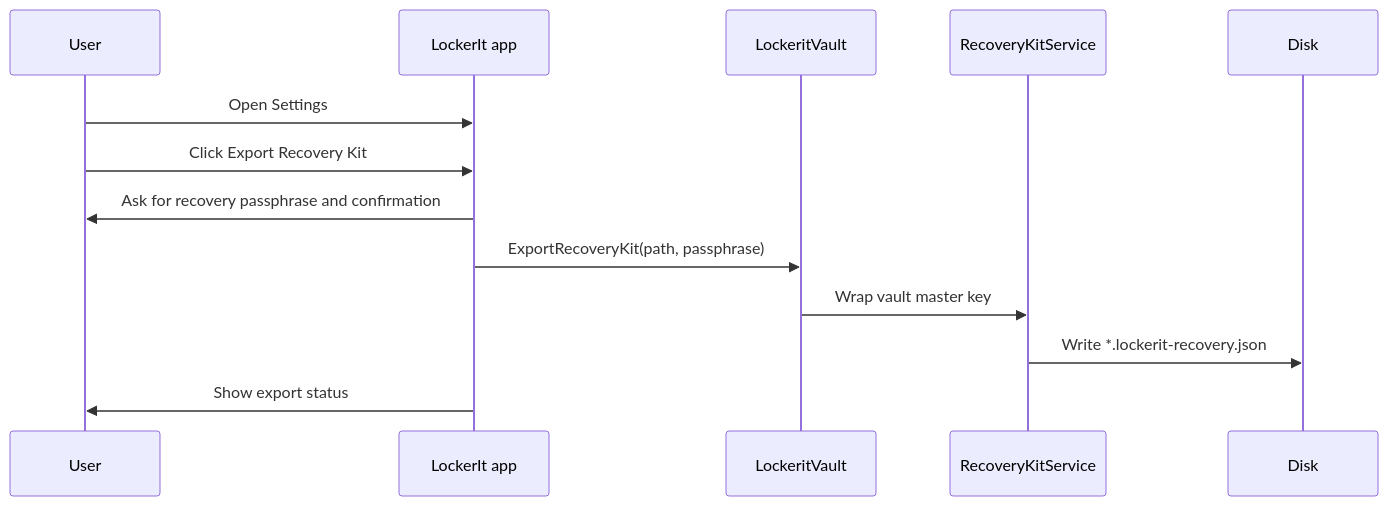
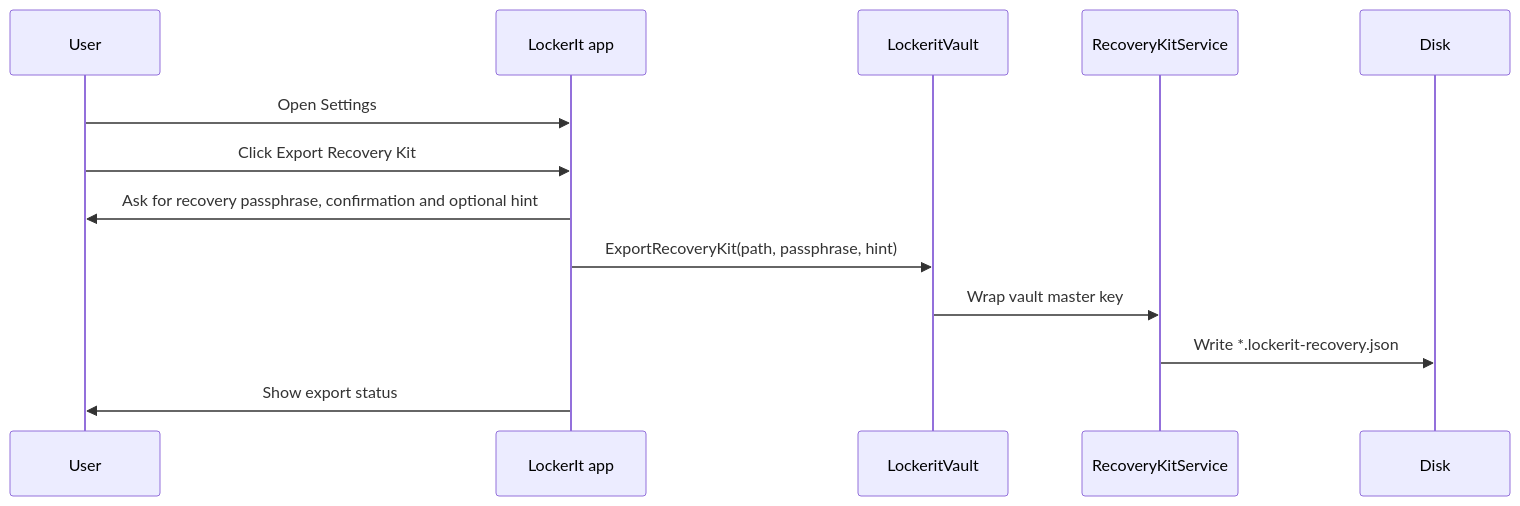
The first of 4 diagrams in .docs/recovery.md (viamus/locker-it), drawn with Mermaid before and after one commit. The commit also changed other lines of this file and 23 other files, not shown here.

````diff
--- a/.docs/recovery.md
+++ b/.docs/recovery.md
@@ -16,16 +17,16 @@
 ```mermaid
 sequenceDiagram
     participant User as User
     participant App as LockerIt app
     participant Vault as LockeritVault
     participant Recovery as RecoveryKitService
     participant Disk as Disk
 
     User->>App: Open Settings
     User->>App: Click Export Recovery Kit
-    App->>User: Ask for recovery passphrase and confirmation
-    App->>Vault: ExportRecoveryKit(path, passphrase)
+    App->>User: Ask for recovery passphrase, confirmation and optional hint
+    App->>Vault: ExportRecoveryKit(path, passphrase, hint)
     Vault->>Recovery: Wrap vault master key
     Recovery->>Disk: Write *.lockerit-recovery.json
     App->>User: Show export status
 ```
````
